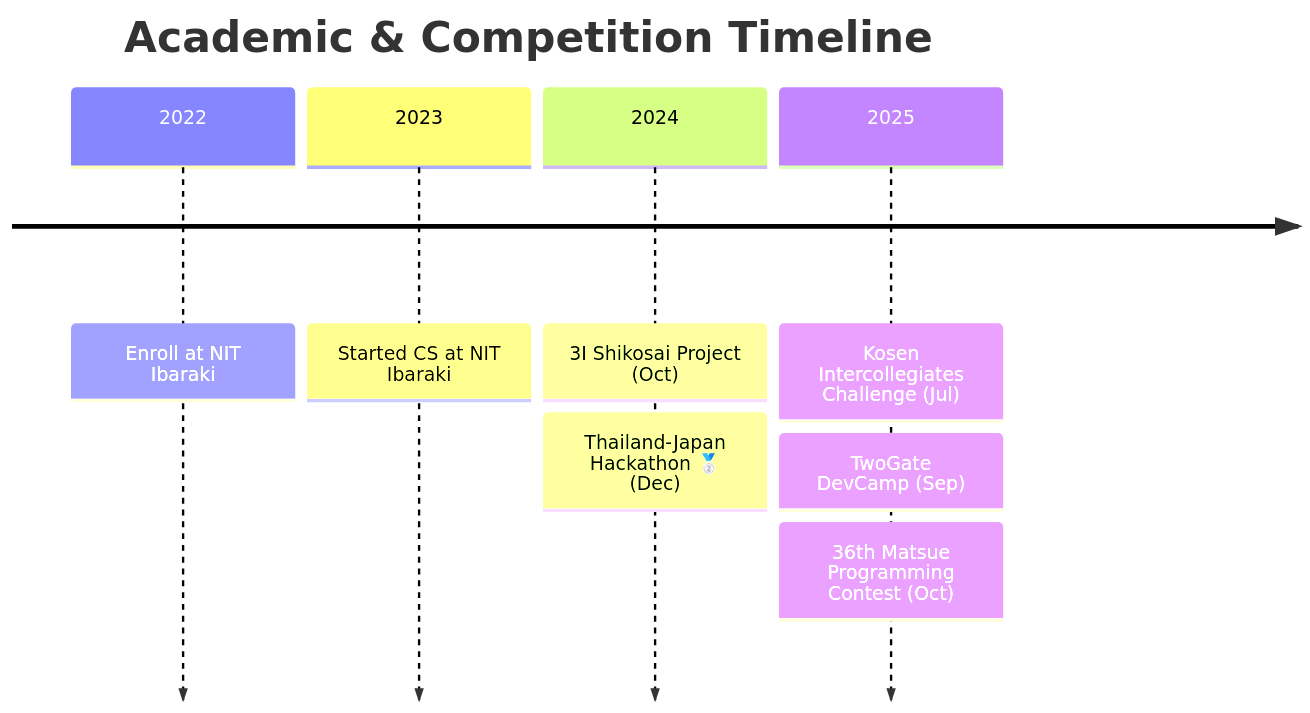
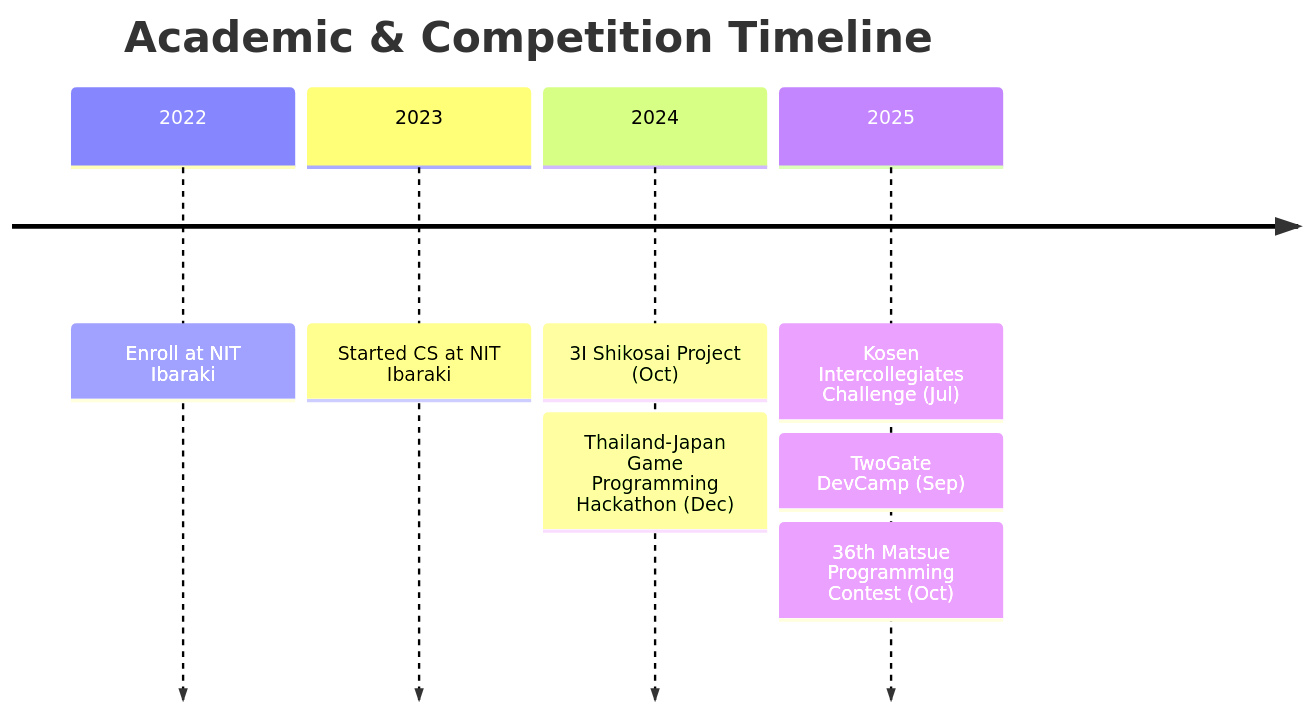
The diagram in README.md (Tomarun029831/Tomarun029831), drawn with Mermaid before and after one commit. The commit also changed other lines of this file, not shown here.

````diff
--- a/README.md
+++ b/README.md
@@ -241,15 +241,15 @@
 ```mermaid
 timeline
     title Academic & Competition Timeline
 
     2022 : Enroll at NIT Ibaraki
     
     2023 : Started CS at NIT Ibaraki
     
     2024 : 3I Shikosai Project (Oct)
-         : Thailand-Japan Hackathon 🥈 (Dec)
+         : Thailand-Japan Game Programming Hackathon (Dec)
     
     2025 : Kosen Intercollegiates Challenge (Jul)
          : TwoGate DevCamp (Sep)
          : 36th Matsue Programming Contest (Oct)
 ```
````
